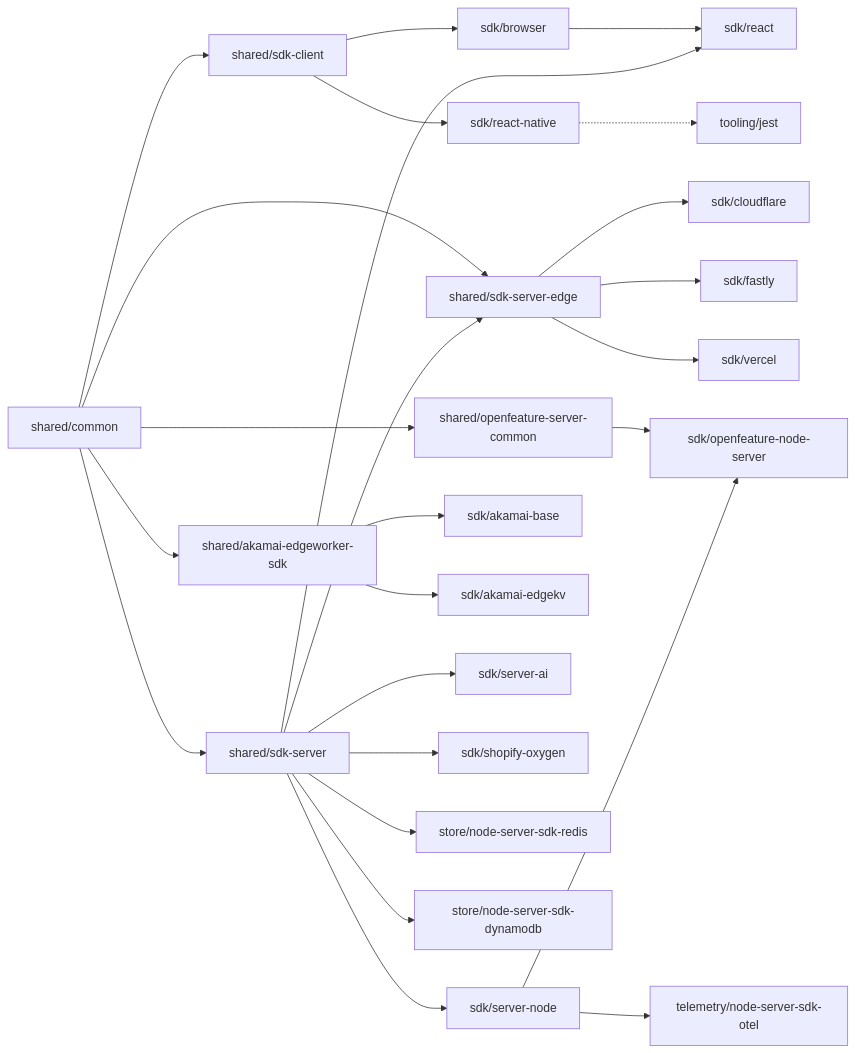
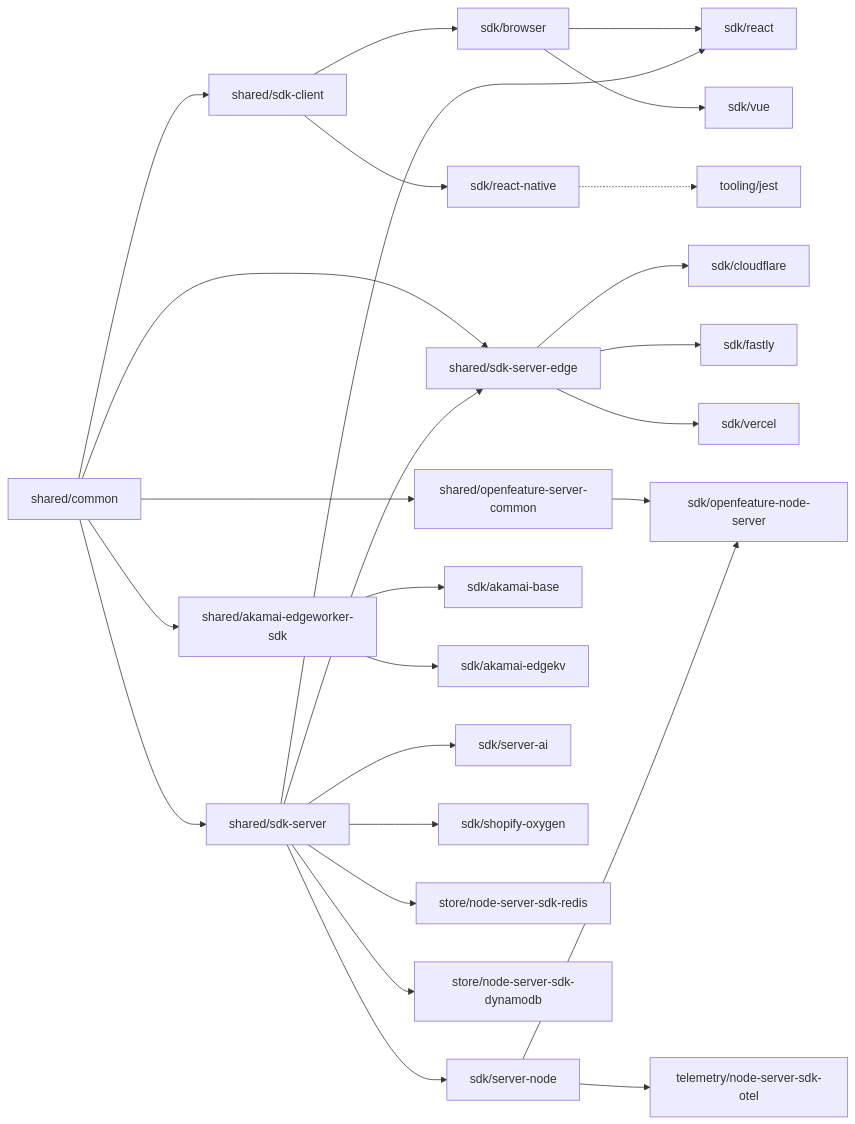
The diagram in CONTRIBUTING.md (launchdarkly/js-core), drawn with Mermaid before and after one commit. The commit also changed 1 other file, not shown here.

````diff
--- a/CONTRIBUTING.md
+++ b/CONTRIBUTING.md
@@ -149,78 +149,80 @@
 ```mermaid
 flowchart LR
     %% Shared packages
     common[shared/common]
     sdk-client[shared/sdk-client]
     sdk-server[shared/sdk-server]
     sdk-server-edge[shared/sdk-server-edge]
     akamai-edgeworker[shared/akamai-edgeworker-sdk]
     openfeature-server-common[shared/openfeature-server-common]
 
     %% SDK packages
     server-node[sdk/server-node]
     cloudflare[sdk/cloudflare]
     fastly[sdk/fastly]
     react-native[sdk/react-native]
     browser[sdk/browser]
     vercel[sdk/vercel]
     akamai-base[sdk/akamai-base]
     akamai-edgekv[sdk/akamai-edgekv]
     server-ai[sdk/server-ai]
     react[sdk/react]
     shopify-oxygen[sdk/shopify-oxygen]
     openfeature-node-server[sdk/openfeature-node-server]
+    vue[sdk/vue]
 
     %% Store packages
     redis[store/node-server-sdk-redis]
     dynamodb[store/node-server-sdk-dynamodb]
 
     %% Telemetry packages
     node-otel[telemetry/node-server-sdk-otel]
 
     %% Tooling packages
     jest[tooling/jest]
 
     %% Dependencies between shared packages
     common --> sdk-client
     common --> sdk-server
     common --> sdk-server-edge
     common --> akamai-edgeworker
     common --> openfeature-server-common
     sdk-server --> sdk-server-edge
     
     %% Dependencies for SDK packages
     sdk-client --> browser
     sdk-client --> react-native
     browser --> react
+    browser --> vue
     sdk-server --> react
     
     sdk-server --> server-node
     sdk-server --> server-ai
     sdk-server --> shopify-oxygen
     
     sdk-server-edge --> cloudflare
     sdk-server-edge --> fastly
     sdk-server-edge --> vercel
     
     akamai-edgeworker --> akamai-base
     akamai-edgeworker --> akamai-edgekv
 
     openfeature-server-common --> openfeature-node-server
     server-node --> openfeature-node-server
 
     %% Dependencies for store packages
     sdk-server --> redis
     sdk-server --> dynamodb
     
     %% Dependencies for telemetry packages
     server-node --> node-otel
     
     %% Dependencies for tooling packages
     react-native -.-> jest
     
     class common,sdk-client,sdk-server,sdk-server-edge,akamai-edgeworker,openfeature-server-common shared
-    class server-node,cloudflare,fastly,react-native,browser,vercel,akamai-base,akamai-edgekv,server-ai,react,shopify-oxygen,openfeature-node-server sdk
+    class server-node,cloudflare,fastly,react-native,browser,vercel,akamai-base,akamai-edgekv,server-ai,react,shopify-oxygen,openfeature-node-server,vue sdk
     class redis,dynamodb store
     class node-otel telemetry
     class jest tooling
 ```
````
